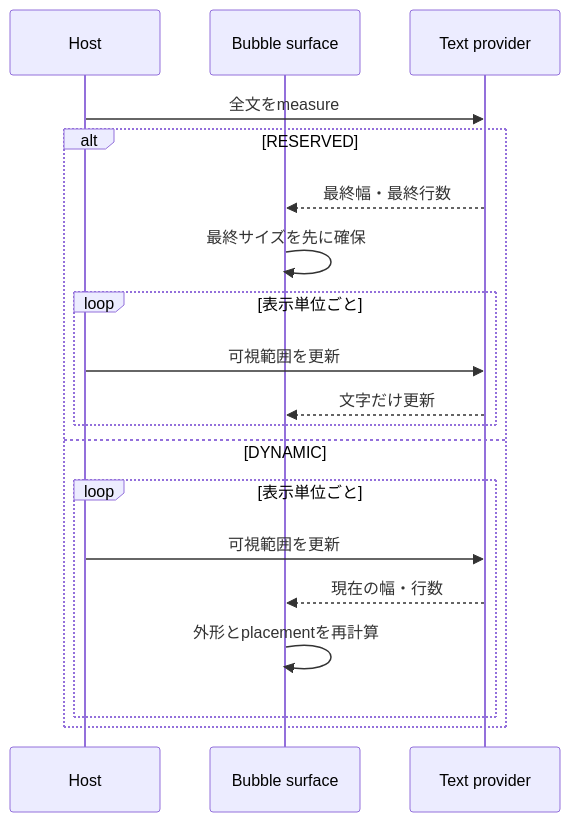
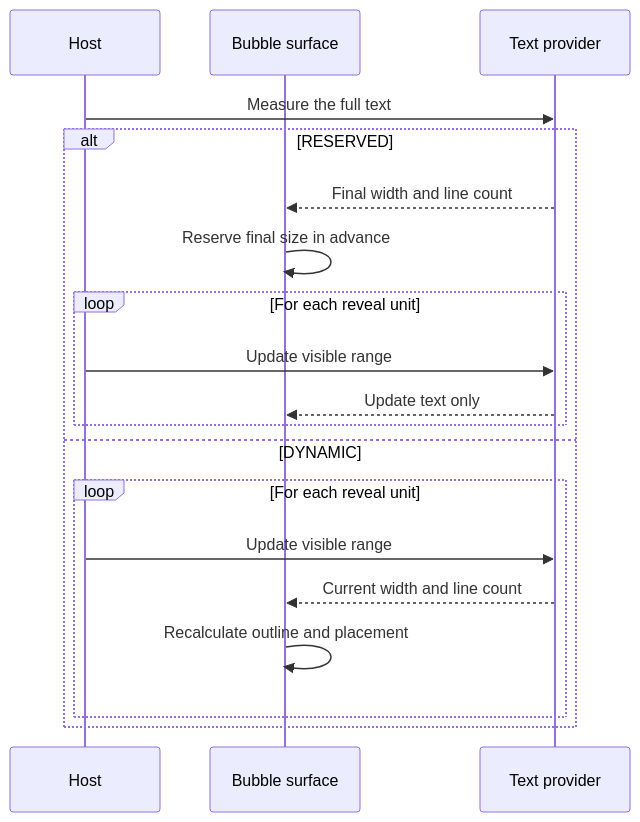
The fourth of 6 diagrams in README.md (kubohiroya/turbowarp-bubble), drawn with Mermaid before and after one commit. The commit also changed other lines of this file and 40 other files, not shown here.

````diff
--- a/README.md
+++ b/README.md
@@ -101,21 +158,21 @@
 ```mermaid
 sequenceDiagram
   participant Host as Host
   participant Bubble as Bubble surface
   participant Text as Text provider
-  Host->>Text: 全文をmeasure
+  Host->>Text: Measure the full text
   alt RESERVED
-    Text-->>Bubble: 最終幅・最終行数
-    Bubble->>Bubble: 最終サイズを先に確保
-    loop 表示単位ごと
-      Host->>Text: 可視範囲を更新
-      Text-->>Bubble: 文字だけ更新
+    Text-->>Bubble: Final width and line count
+    Bubble->>Bubble: Reserve final size in advance
+    loop For each reveal unit
+      Host->>Text: Update visible range
+      Text-->>Bubble: Update text only
     end
   else DYNAMIC
-    loop 表示単位ごと
-      Host->>Text: 可視範囲を更新
-      Text-->>Bubble: 現在の幅・行数
-      Bubble->>Bubble: 外形とplacementを再計算
+    loop For each reveal unit
+      Host->>Text: Update visible range
+      Text-->>Bubble: Current width and line count
+      Bubble->>Bubble: Recalculate outline and placement
     end
   end
 ```
````
